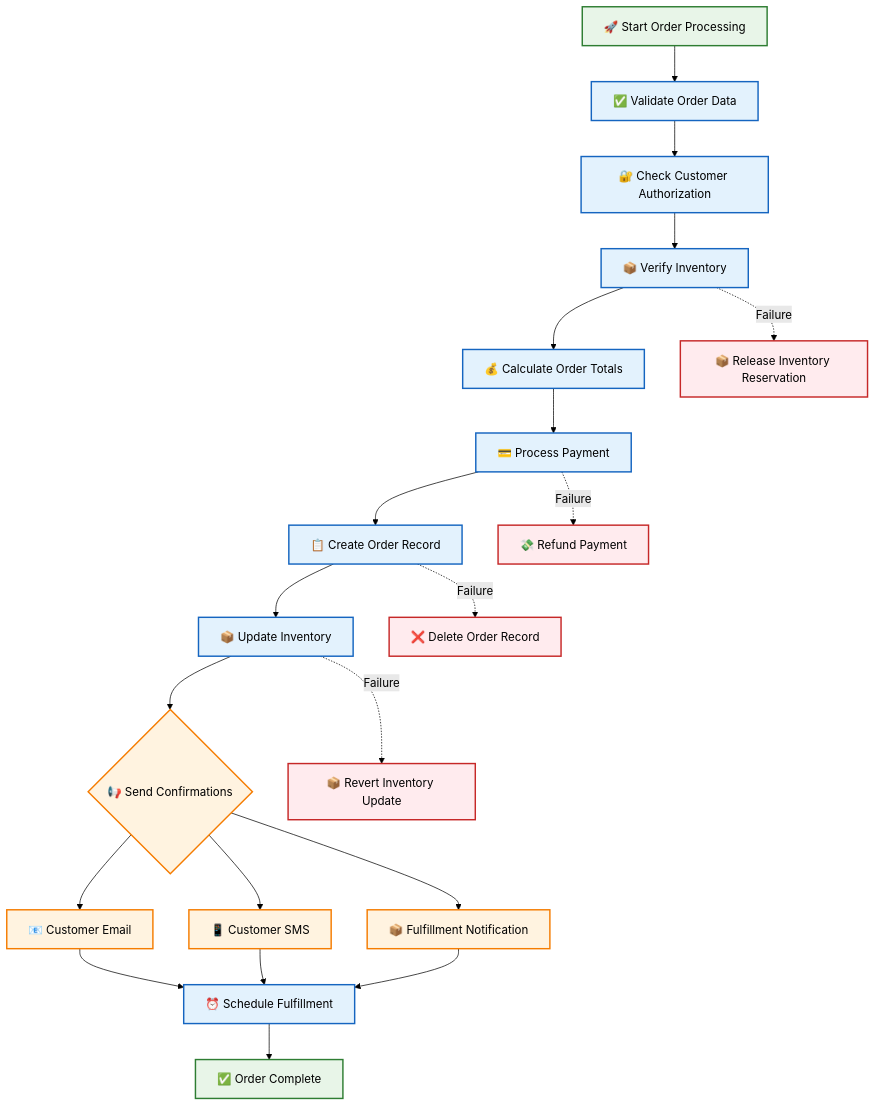
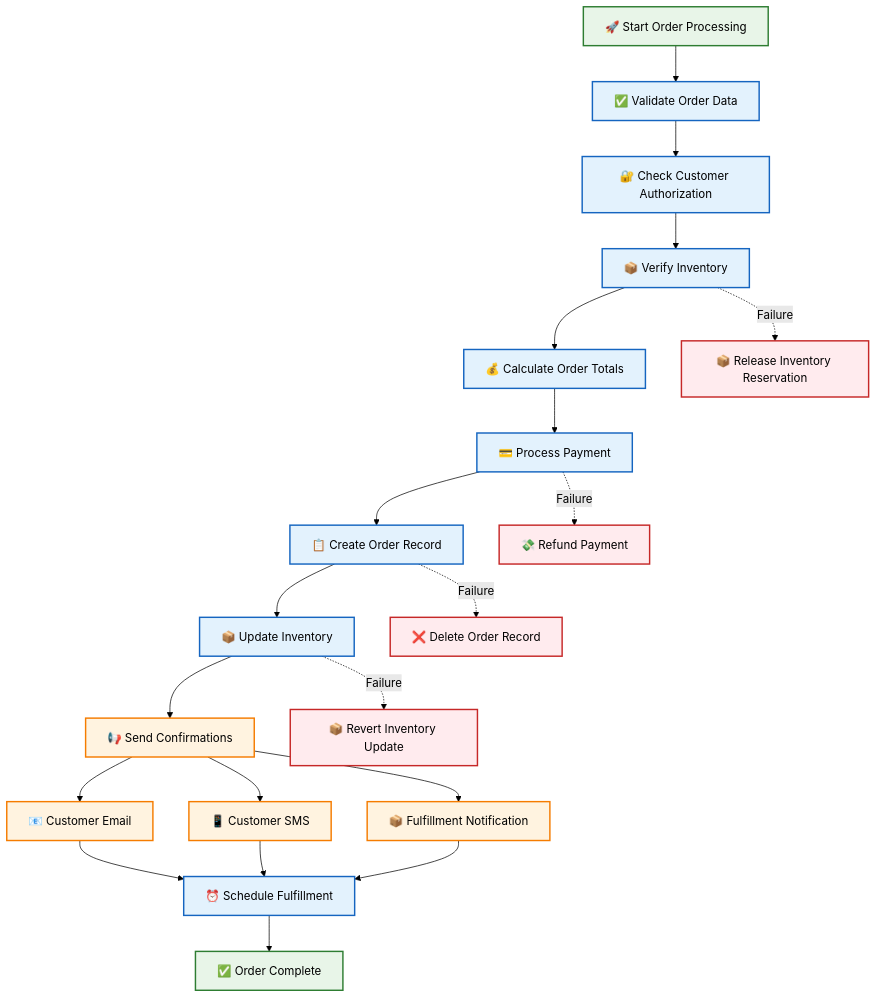
The fourth of 10 diagrams in diagrams/workflow-orchestration.md (abdoElHodaky/larvrevrstender), drawn with Mermaid (forest theme) before and after one commit. The commit also changed other lines of this file and 1 other file, not shown here.

````diff
--- a/diagrams/workflow-orchestration.md
+++ b/diagrams/workflow-orchestration.md
@@ -227,37 +227,37 @@
 ```mermaid
 graph TD
     START[🚀 Start Order Processing] --> VALIDATE_ORDER[✅ Validate Order Data]
     VALIDATE_ORDER --> CHECK_AUTH[🔐 Check Customer Authorization]
     CHECK_AUTH --> CHECK_INVENTORY[📦 Verify Inventory]
     CHECK_INVENTORY --> CALC_TOTALS[💰 Calculate Order Totals]
     CALC_TOTALS --> PROCESS_PAYMENT[💳 Process Payment]
     PROCESS_PAYMENT --> CREATE_ORDER[📋 Create Order Record]
     CREATE_ORDER --> UPDATE_INVENTORY[📦 Update Inventory]
     
-    UPDATE_INVENTORY --> PARALLEL_NOTIFY{📢 Send Confirmations}
+    UPDATE_INVENTORY --> PARALLEL_NOTIFY[📢 Send Confirmations]
     PARALLEL_NOTIFY --> CUSTOMER_EMAIL[📧 Customer Email]
     PARALLEL_NOTIFY --> CUSTOMER_SMS[📱 Customer SMS]
     PARALLEL_NOTIFY --> FULFILLMENT[📦 Fulfillment Notification]
     
     CUSTOMER_EMAIL --> SCHEDULE_FULFILL[⏰ Schedule Fulfillment]
     CUSTOMER_SMS --> SCHEDULE_FULFILL
     FULFILLMENT --> SCHEDULE_FULFILL
     SCHEDULE_FULFILL --> COMPLETE[✅ Order Complete]
 
     %% Compensation paths
     CHECK_INVENTORY -.->|Failure| RELEASE_INVENTORY[📦 Release Inventory Reservation]
     PROCESS_PAYMENT -.->|Failure| REFUND_PAYMENT[💸 Refund Payment]
     CREATE_ORDER -.->|Failure| DELETE_ORDER[❌ Delete Order Record]
     UPDATE_INVENTORY -.->|Failure| REVERT_INVENTORY[📦 Revert Inventory Update]
 
     classDef startStyle fill:#e8f5e8,stroke:#2e7d32,stroke-width:2px,color:#000
     classDef processStyle fill:#e3f2fd,stroke:#1565c0,stroke-width:2px,color:#000
     classDef parallelStyle fill:#fff3e0,stroke:#f57c00,stroke-width:2px,color:#000
     classDef compensationStyle fill:#ffebee,stroke:#c62828,stroke-width:2px,color:#000
     classDef completeStyle fill:#e8f5e8,stroke:#2e7d32,stroke-width:2px,color:#000
 
     class START,COMPLETE startStyle
     class VALIDATE_ORDER,CHECK_AUTH,CHECK_INVENTORY,CALC_TOTALS,PROCESS_PAYMENT,CREATE_ORDER,UPDATE_INVENTORY,SCHEDULE_FULFILL processStyle
     class PARALLEL_NOTIFY,CUSTOMER_EMAIL,CUSTOMER_SMS,FULFILLMENT parallelStyle
     class RELEASE_INVENTORY,REFUND_PAYMENT,DELETE_ORDER,REVERT_INVENTORY compensationStyle
 ```
````
